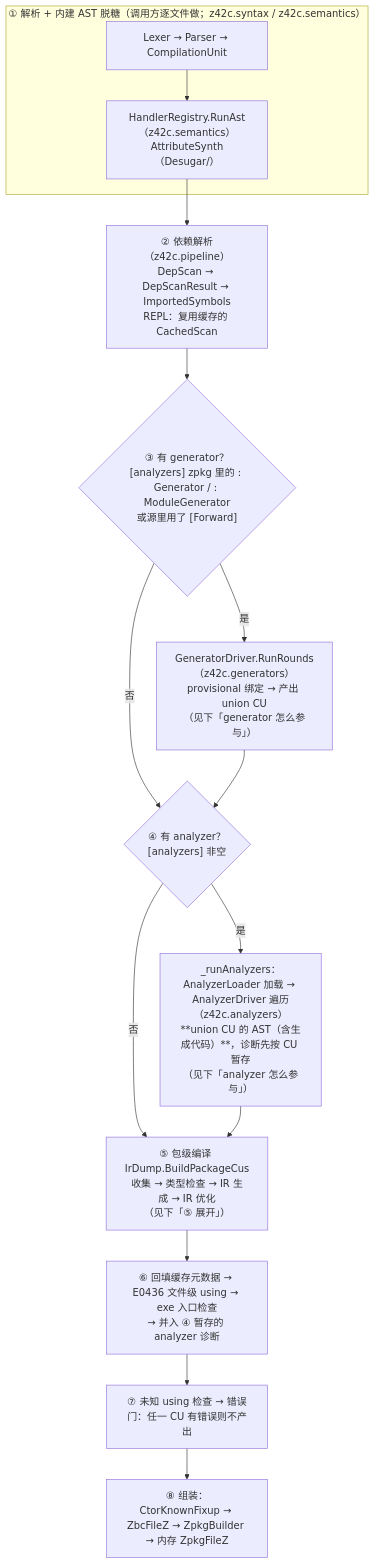
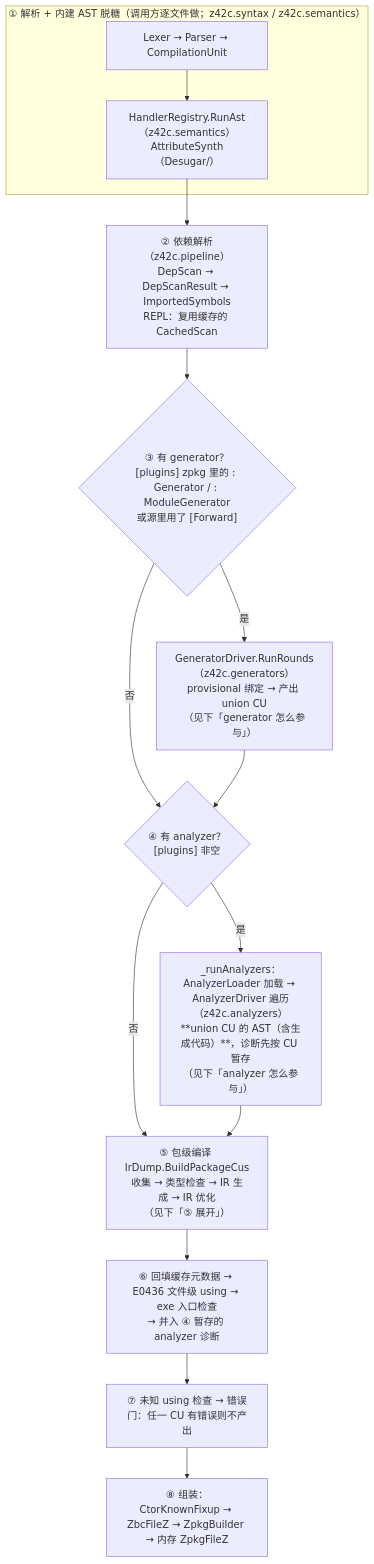
Before and after one commit to z42-lang/z42: the second of 4 diagrams in docs/internals/src/compiler/source-compile.md, drawn with Mermaid. The commit also changed other lines of this file and 48 other files, not shown here.

Commit message:
feat(toolchain): unify-plugin-packages 1b——仓内清单迁 [plugins]、删除 kind=analyzer/[analyzers]/[build] hooks 三个旧写法（stage2 销账）

````diff
--- a/docs/internals/src/compiler/source-compile.md
+++ b/docs/internals/src/compiler/source-compile.md
@@ -25,19 +25,19 @@
 ```mermaid
 flowchart TD
   subgraph S0["① 解析 + 内建 AST 脱糖（调用方逐文件做；z42c.syntax / z42c.semantics）"]
     P0[Lexer → Parser → CompilationUnit] --> RA["HandlerRegistry.RunAst（z42c.semantics）<br/>AttributeSynth（Desugar/）"]
   end
   RA --> DEP["② 依赖解析（z42c.pipeline）<br/>DepScan → DepScanResult → ImportedSymbols<br/>REPL：复用缓存的 CachedScan"]
-  DEP --> GATE{"③ 有 generator？<br/>[analyzers] zpkg 里的 : Generator / : ModuleGenerator<br/>或源里用了 [Forward]"}
+  DEP --> GATE{"③ 有 generator？<br/>[plugins] zpkg 里的 : Generator / : ModuleGenerator<br/>或源里用了 [Forward]"}
   GATE -->|否| AGATE
   GATE -->|是| GEN["GeneratorDriver.RunRounds（z42c.generators）<br/>provisional 绑定 → 产出 union CU<br/>（见下「generator 怎么参与」）"]
   GEN --> AGATE
-  AGATE{"④ 有 analyzer？<br/>[analyzers] 非空"}
+  AGATE{"④ 有 analyzer？<br/>[plugins] 非空"}
   AGATE -->|否| BIND
   AGATE -->|是| AN["_runAnalyzers：AnalyzerLoader 加载 → AnalyzerDriver 遍历（z42c.analyzers）<br/>**union CU 的 AST（含生成代码）**，诊断先按 CU 暂存<br/>（见下「analyzer 怎么参与」）"]
   AN --> BIND
   BIND["⑤ 包级编译 IrDump.BuildPackageCus<br/>收集 → 类型检查 → IR 生成 → IR 优化<br/>（见下「⑤ 展开」）"]
   BIND --> POST["⑥ 回填缓存元数据 → E0436 文件级 using → exe 入口检查<br/>→ 并入 ④ 暂存的 analyzer 诊断"]
   POST --> TAIL["⑦ 未知 using 检查 → 错误门：任一 CU 有错误则不产出"]
   TAIL --> ASM["⑧ 组装：CtorKnownFixup → ZbcFileZ → ZpkgBuilder → 内存 ZpkgFileZ"]
 ```
````
